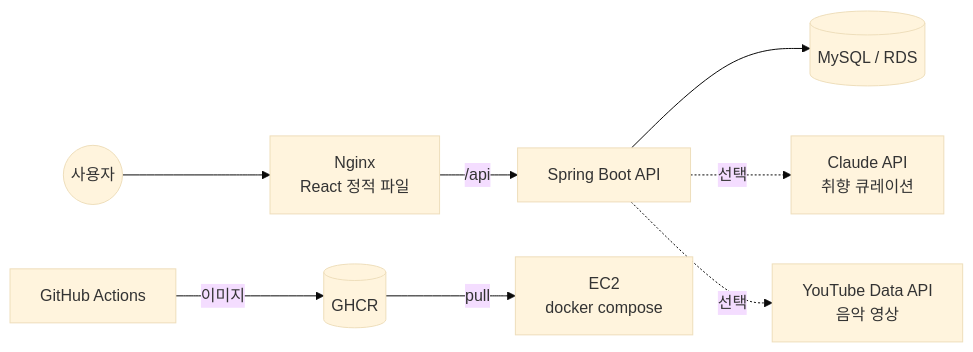
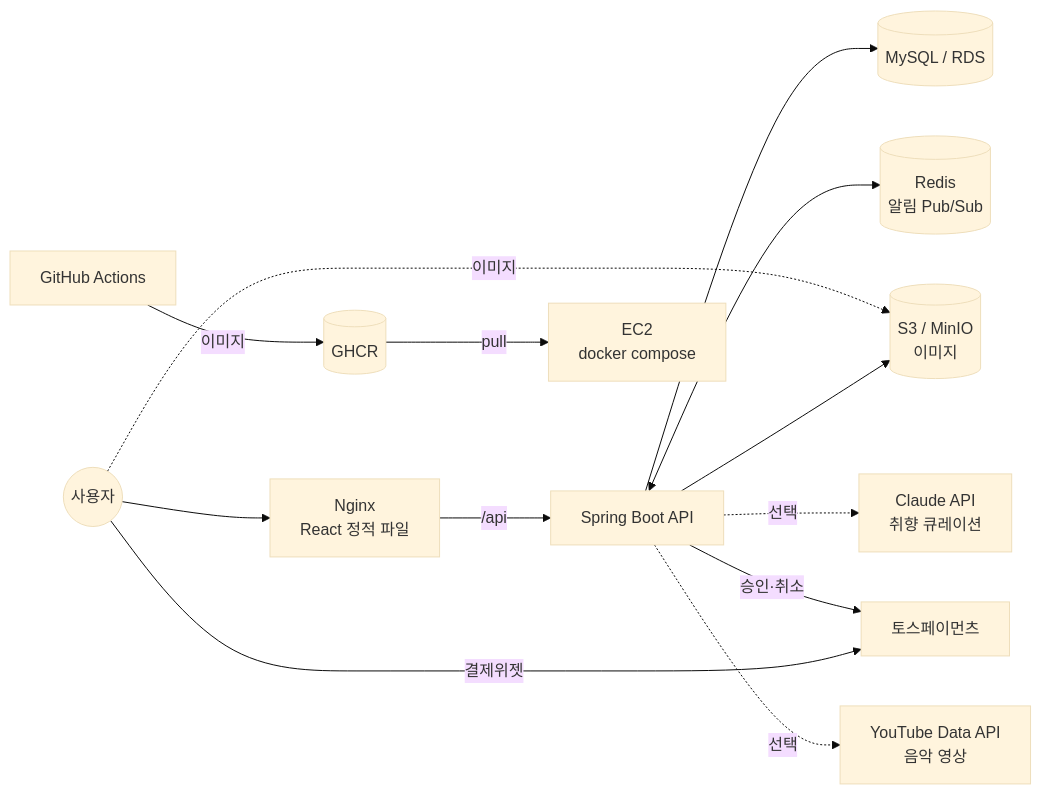
One commit to skkjy008/yeoun changed the first of 4 diagrams in docs/architecture.md. Above: the diagram before and after it, drawn with Mermaid (base theme). The commit also changed other lines of this file and 94 other files, not shown here.

First line of the commit message:
feat: 여운 3단계 — 토스페이먼츠 결제·커미션 정산/환불·테마 큐레이션·Flyway·S3 업로드·Redis 알림

````diff
--- a/docs/architecture.md
+++ b/docs/architecture.md
@@ -5,9 +5,14 @@
 ```mermaid
 flowchart LR
   user((사용자)) --> nginx[Nginx<br/>React 정적 파일]
   nginx -- /api --> api[Spring Boot API]
   api --> db[(MySQL / RDS)]
+  api <--> redis[(Redis<br/>알림 Pub/Sub)]
+  api --> s3[(S3 / MinIO<br/>이미지)]
+  user -. 이미지 .-> s3
+  user -- 결제위젯 --> toss[토스페이먼츠]
+  api -- 승인·취소 --> toss
   api -. 선택 .-> claude[Claude API<br/>취향 큐레이션]
   api -. 선택 .-> yt[YouTube Data API<br/>음악 영상]
   gh[GitHub Actions] -- 이미지 --> ghcr[(GHCR)] -- pull --> ec2[EC2<br/>docker compose]
 ```
````
